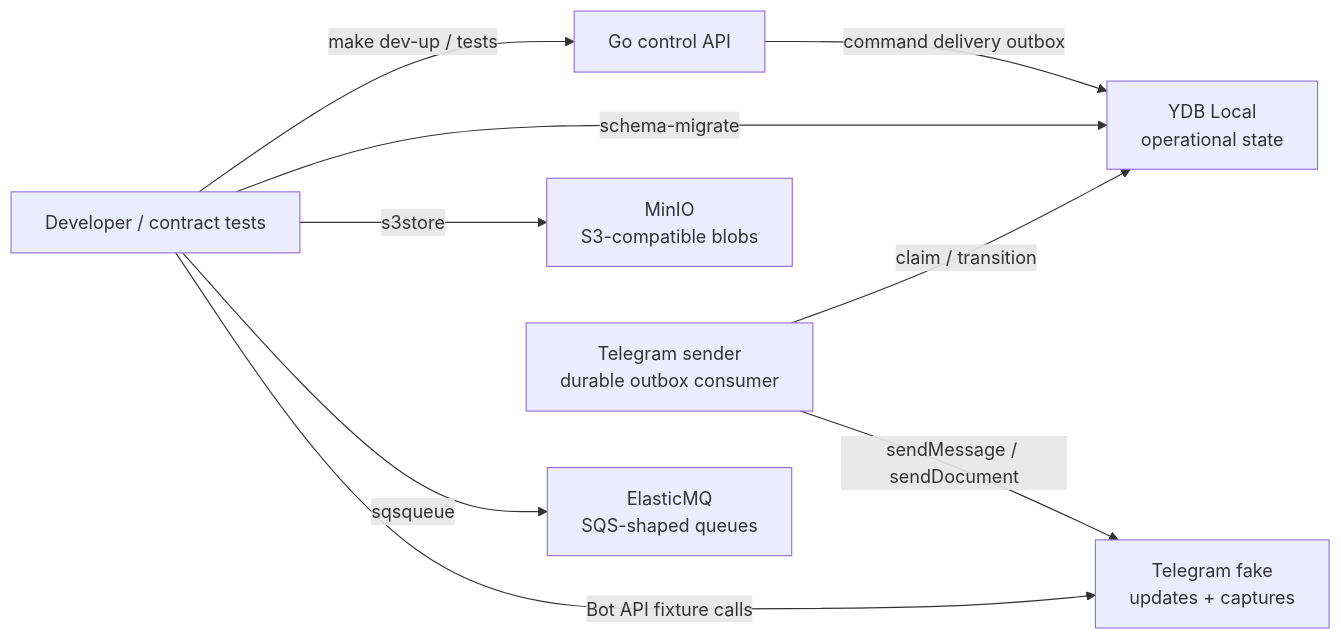
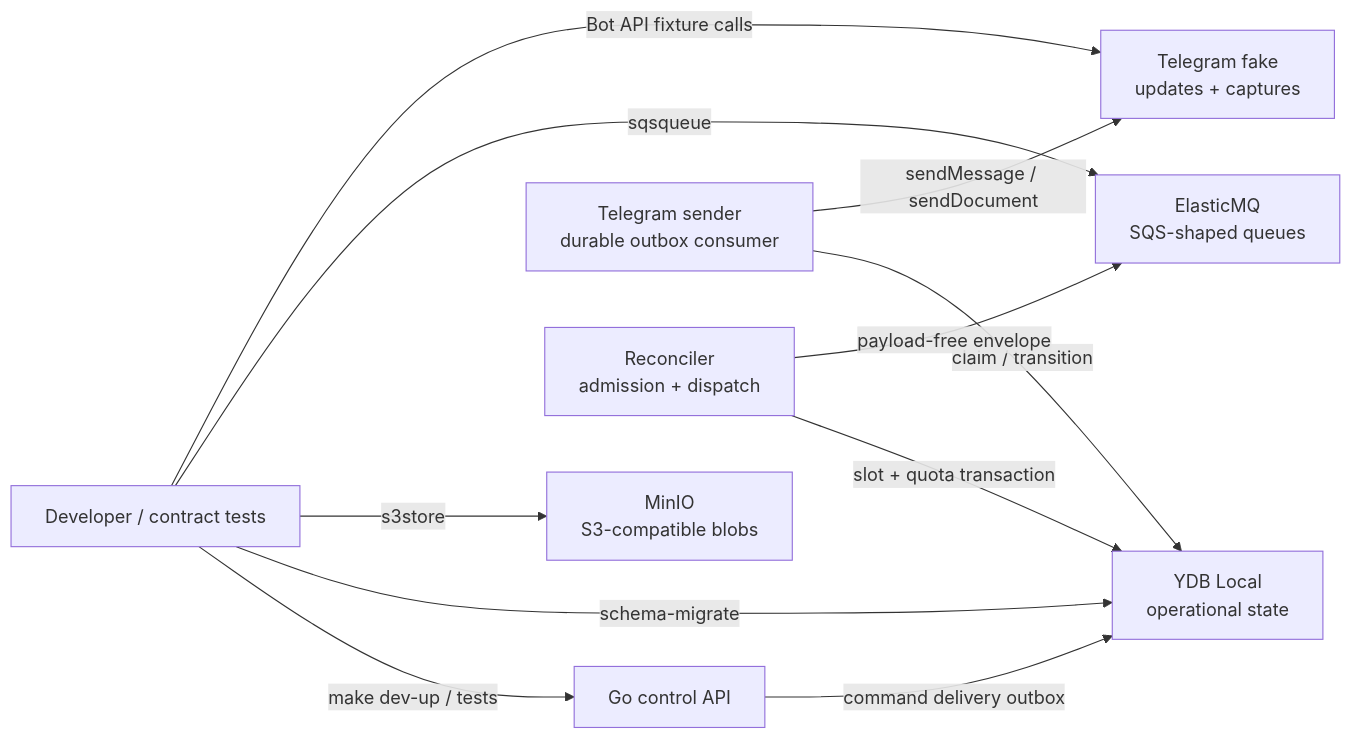
One commit to urandon/sessionless changed the diagram in docs/local-development-stand.md. Above: the diagram before and after it, drawn with Mermaid. The commit also changed other lines of this file and 25 other files, not shown here.

````diff
--- a/docs/local-development-stand.md
+++ b/docs/local-development-stand.md
@@ -14,19 +14,22 @@
 ```mermaid
 flowchart LR
     Developer["Developer / contract tests"]
     Control["Go control API"]
     YDB["YDB Local<br/>operational state"]
     MinIO["MinIO<br/>S3-compatible blobs"]
     Queue["ElasticMQ<br/>SQS-shaped queues"]
     Telegram["Telegram fake<br/>updates + captures"]
     Sender["Telegram sender<br/>durable outbox consumer"]
+    Reconciler["Reconciler<br/>admission + dispatch"]
 
     Developer -->|"make dev-up / tests"| Control
     Developer -->|"schema-migrate"| YDB
     Developer -->|"s3store"| MinIO
     Developer -->|"sqsqueue"| Queue
     Developer -->|"Bot API fixture calls"| Telegram
     Control -->|"command delivery outbox"| YDB
     Sender -->|"claim / transition"| YDB
     Sender -->|"sendMessage / sendDocument"| Telegram
+    Reconciler -->|"slot + quota transaction"| YDB
+    Reconciler -->|"payload-free envelope"| Queue
 ```
````
